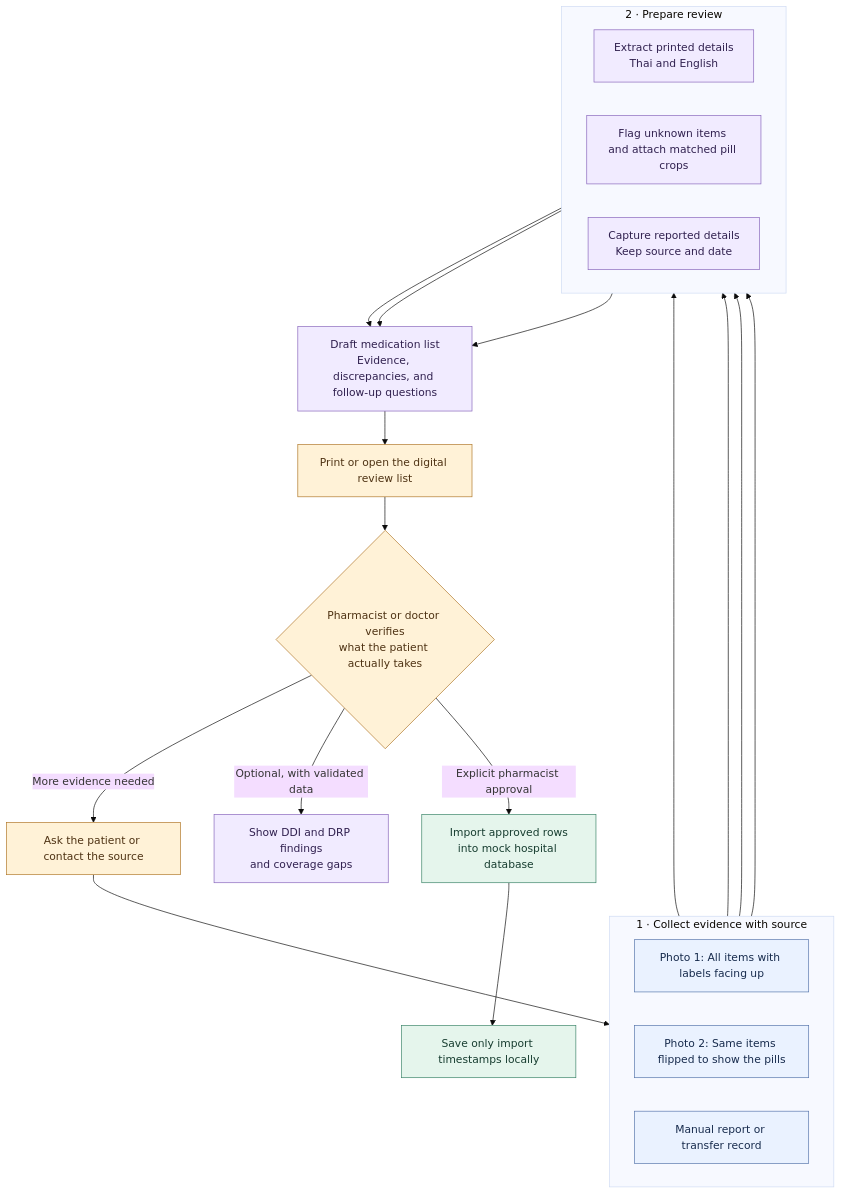
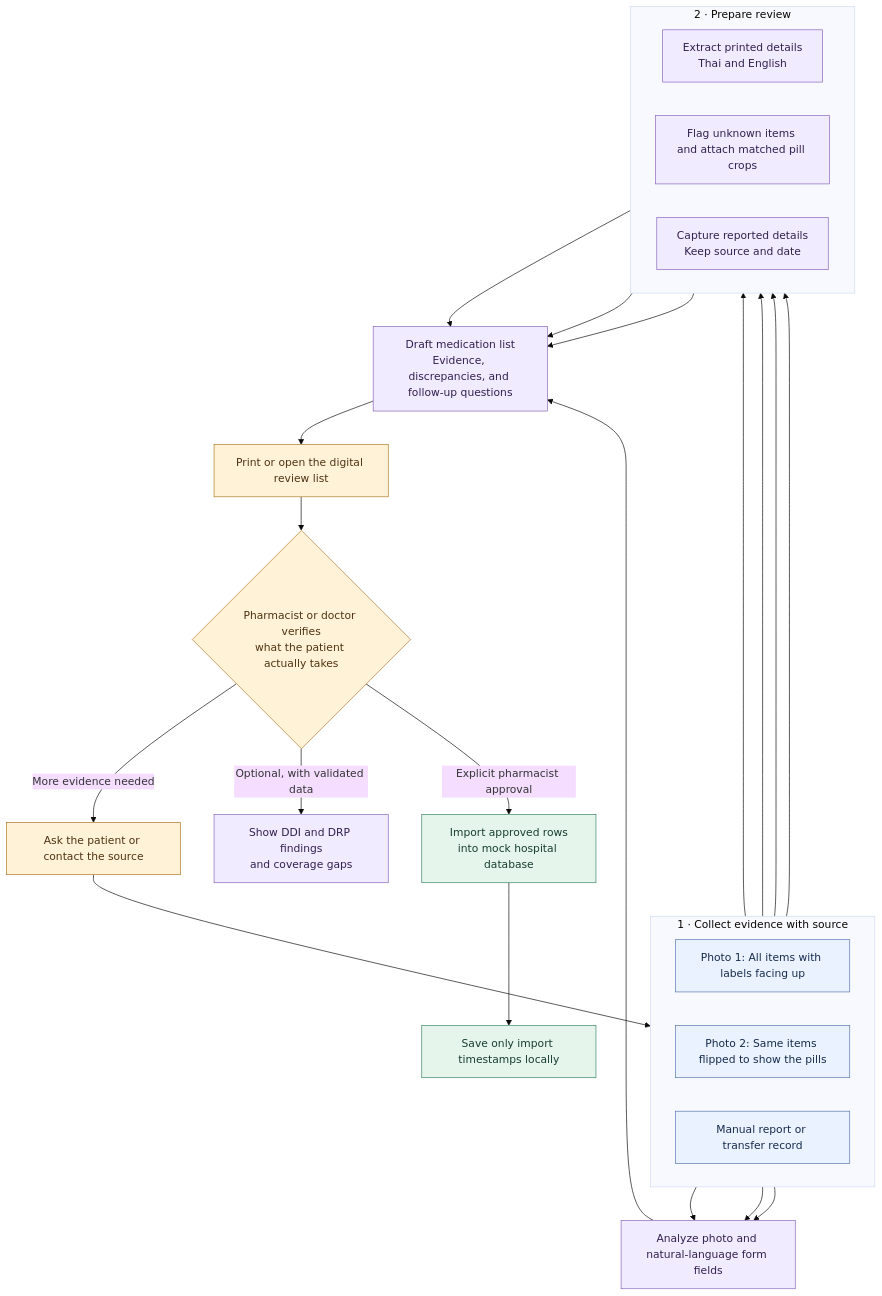
Before and after one commit to pakornds/Medication-Reader: the diagram in docs/specs/medication-reader-v1.md, drawn with Mermaid (base theme). The commit also changed other lines of this file and 1 other file, not shown here.

Commit message:
Specify FastAPI medication agent and natural-language evidence form

````diff
--- a/docs/specs/medication-reader-v1.md
+++ b/docs/specs/medication-reader-v1.md
@@ -11,39 +11,43 @@
 ```mermaid
 flowchart TB
     subgraph intake["1 · Collect evidence with source"]
         direction LR
         label["Photo 1: All items with labels facing up"]
         reverse["Photo 2: Same items flipped to show the pills"]
         report["Manual report or transfer record"]
     end
     subgraph draft["2 · Prepare review"]
         direction LR
         ocr["Extract printed details<br/>Thai and English"]
         flag["Flag unknown items and attach matched pill crops"]
         manual["Capture reported details<br/>Keep source and date"]
     end
 
     label --> ocr
     label --> flag
     reverse --> flag
     report --> manual
+    label --> agent["Analyze photo and natural-language form fields"]
+    reverse --> agent
+    report --> agent
     ocr --> list["Draft medication list<br/>Evidence, discrepancies, and follow-up questions"]
     flag --> list
     manual --> list
+    agent --> list
     list --> handoff["Print or open the digital review list"]
     handoff --> review{"Pharmacist or doctor verifies<br/>what the patient actually takes"}
     review -->|More evidence needed| follow["Ask the patient or contact the source"]
     follow --> intake
     review -->|Optional, with validated data| checks["Show DDI and DRP findings<br/>and coverage gaps"]
     review -->|Explicit pharmacist approval| save["Import approved rows<br/>into mock hospital database"]
     save --> receipt["Save only import timestamps locally"]
 
     classDef evidence fill:#EAF2FF,stroke:#5675AB,color:#172B4D
     classDef processing fill:#F1EBFF,stroke:#8765BB,color:#30204F
     classDef human fill:#FFF2D7,stroke:#AF7627,color:#4E3213
     classDef storage fill:#E5F5EC,stroke:#398367,color:#173D30
     class label,reverse,report evidence
-    class ocr,flag,manual,list,checks processing
+    class ocr,flag,manual,list,agent,checks processing
     class handoff,review,follow human
     class save,receipt storage
 ```
````
